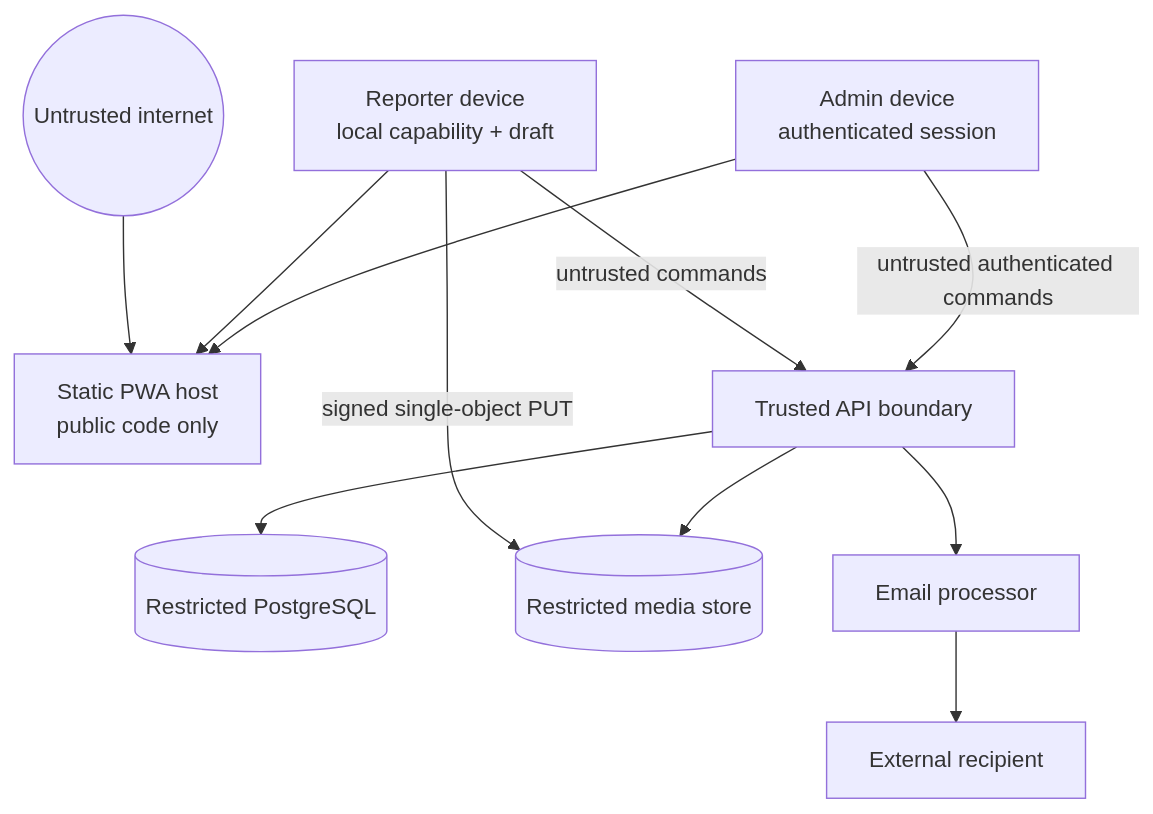
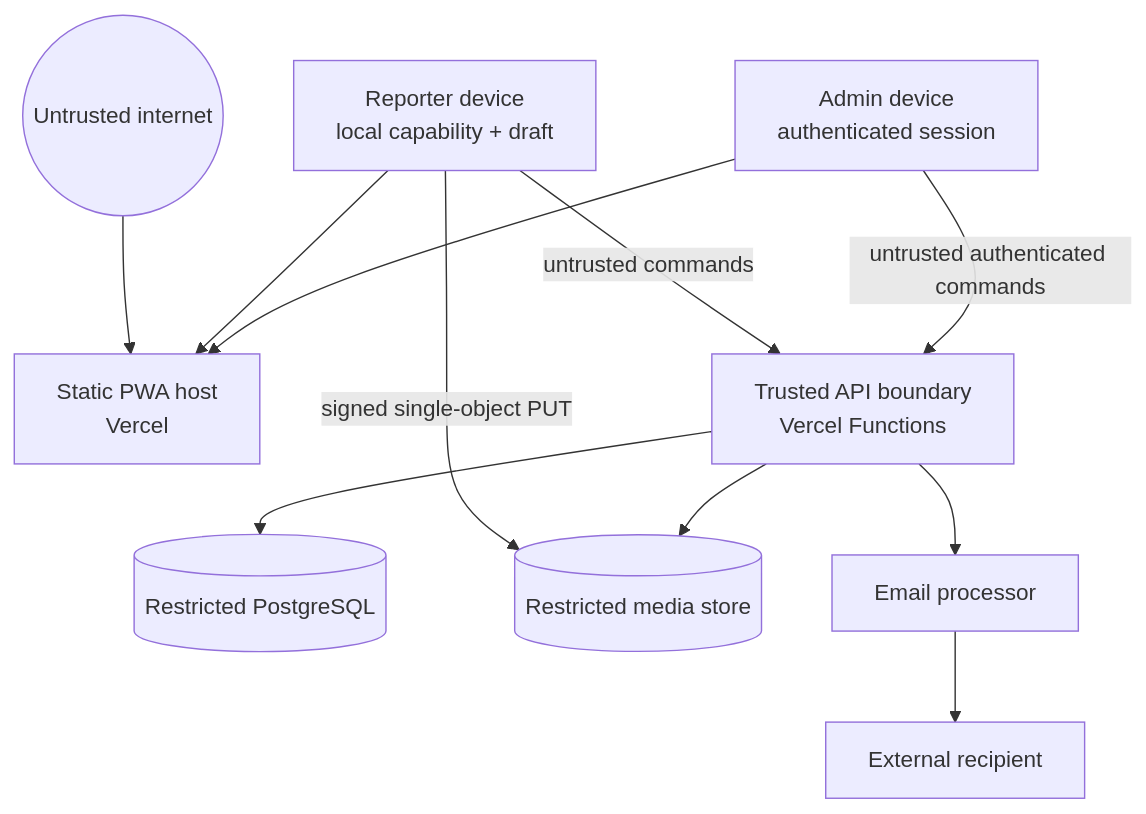
One commit to janherich/animal-helper changed the diagram in docs/security/threat-model.md. Above: the diagram before and after it, drawn with Mermaid. The commit also changed other lines of this file and 11 other files, not shown here.

First line of the commit message:
docs: host production on organisation Vercel Pro

````diff
--- a/docs/security/threat-model.md
+++ b/docs/security/threat-model.md
@@ -47,23 +47,23 @@
 ```mermaid
 flowchart TB
   Internet((Untrusted internet))
   Device["Reporter device<br/>local capability + draft"]
   AdminDevice["Admin device<br/>authenticated session"]
-  Static["Static PWA host<br/>public code only"]
-  API["Trusted API boundary"]
+  Static["Static PWA host<br/>Vercel"]
+  API["Trusted API boundary<br/>Vercel Functions"]
   DB[("Restricted PostgreSQL")]
   Object[("Restricted media store")]
   Email["Email processor"]
   Recipient["External recipient"]
 
   Internet --> Static
   Device --> Static
   Device -->|untrusted commands| API
   Device -->|signed single-object PUT| Object
   AdminDevice --> Static
   AdminDevice -->|untrusted authenticated commands| API
   API --> DB
   API --> Object
   API --> Email
   Email --> Recipient
 ```
````
